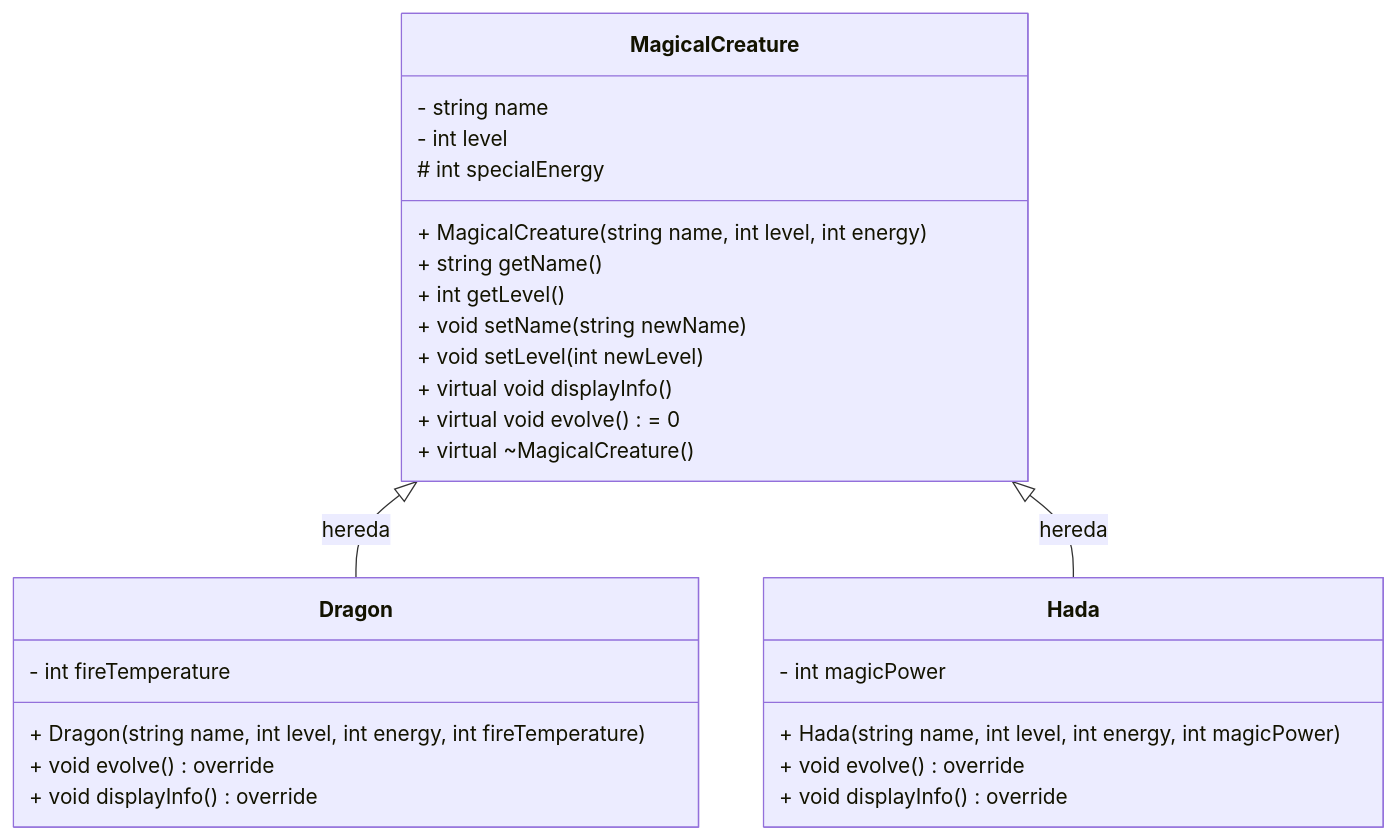
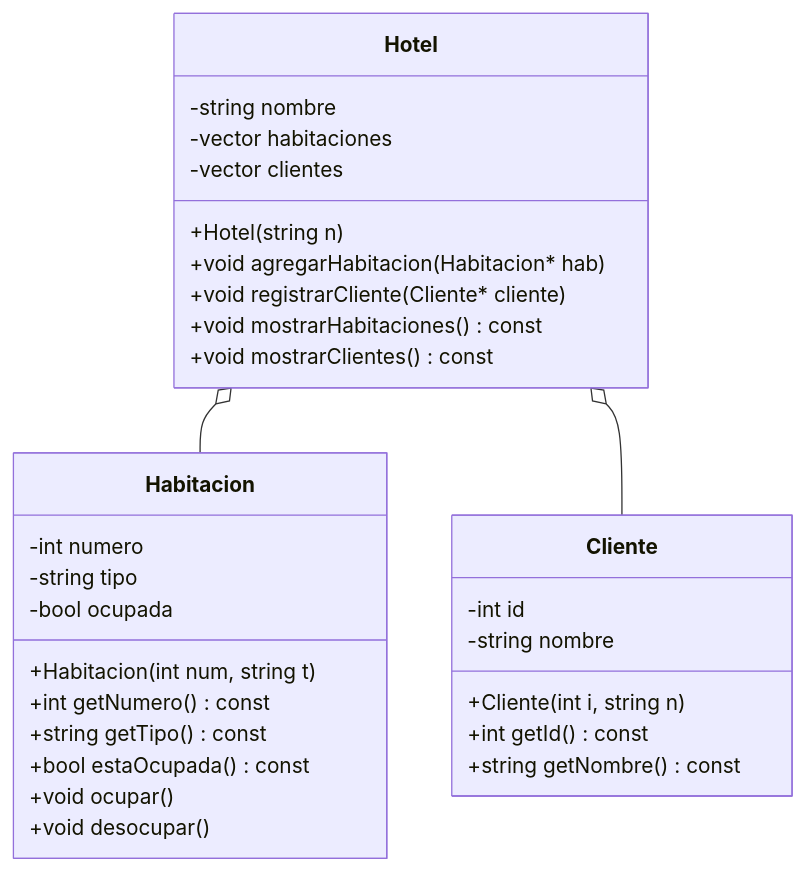
Before and after one commit to yoanpinzon/POO: the second of 3 diagrams in poo2-asociaciones.md, drawn with Mermaid. The commit also changed other lines of this file, not shown here.

````diff
--- a/poo2-asociaciones.md
+++ b/poo2-asociaciones.md
@@ -1056,30 +448,37 @@
 ```mermaid
 classDiagram
-    class MagicalCreature {
-        - string name
-        - int level
-        # int specialEnergy
-        + MagicalCreature(string name, int level, int energy)
-        + string getName()
-        + int getLevel()
-        + void setName(string newName)
-        + void setLevel(int newLevel)
-        + virtual void displayInfo()
-        + virtual void evolve() = 0
-        + virtual ~MagicalCreature()
+
+    class Hotel {
+        -string nombre
+        -vector<Habitacion*> habitaciones
+        -vector<Cliente*> clientes
+        +Hotel(string n)
+        +void agregarHabitacion(Habitacion* hab)
+        +void registrarCliente(Cliente* cliente)
+        +void mostrarHabitaciones() const
+        +void mostrarClientes() const
     }
-    class Dragon {
-        - int fireTemperature
-        + Dragon(string name, int level, int energy, int fireTemperature)
-        + void evolve() override
-        + void displayInfo() override
+
+    class Habitacion {
+        -int numero
+        -string tipo
+        -bool ocupada
+        +Habitacion(int num, string t)
+        +int getNumero() const
+        +string getTipo() const
+        +bool estaOcupada() const
+        +void ocupar()
+        +void desocupar()
     }
-    class Hada {
-        - int magicPower
-        + Hada(string name, int level, int energy, int magicPower)
-        + void evolve() override
-        + void displayInfo() override
+
+    class Cliente {
+        -int id
+        -string nombre
+        +Cliente(int i, string n)
+        +int getId() const
+        +string getNombre() const
     }
-    MagicalCreature <|-- Dragon  : hereda
-    MagicalCreature <|-- Hada  : hereda
+
+    Hotel o-- Habitacion 
+    Hotel o-- Cliente
 ```
````
